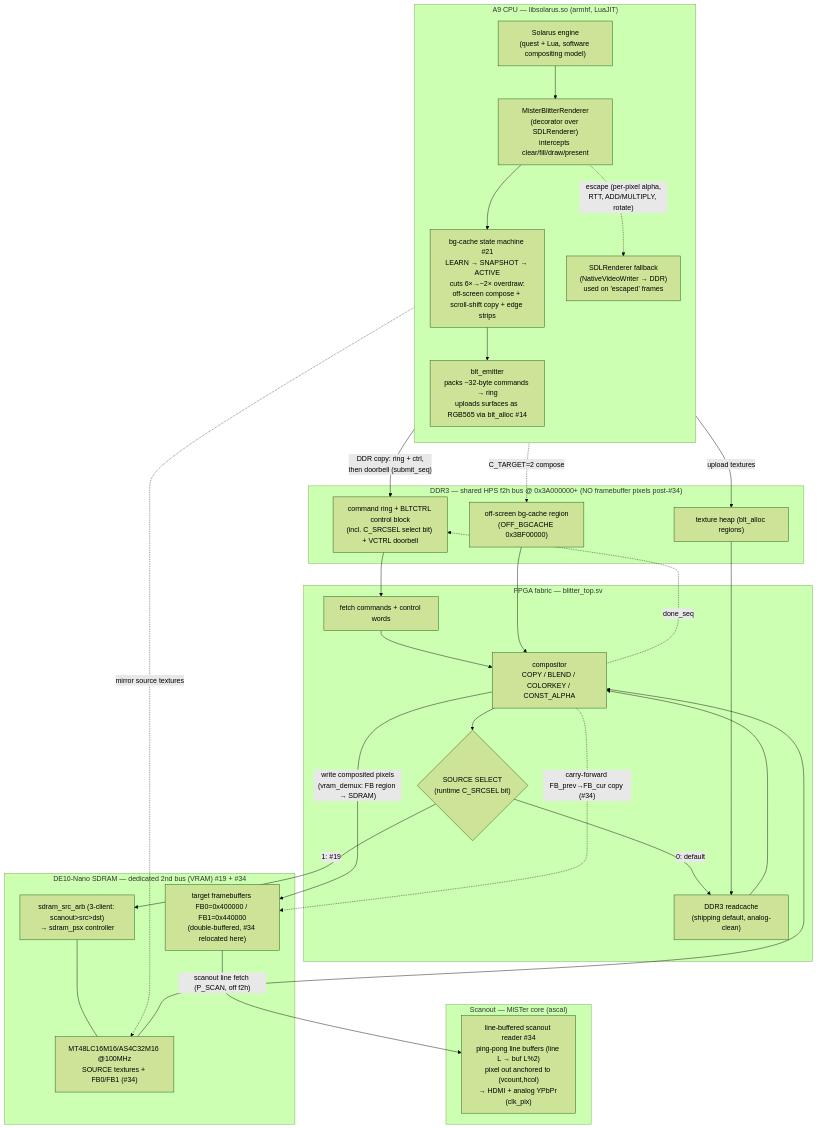
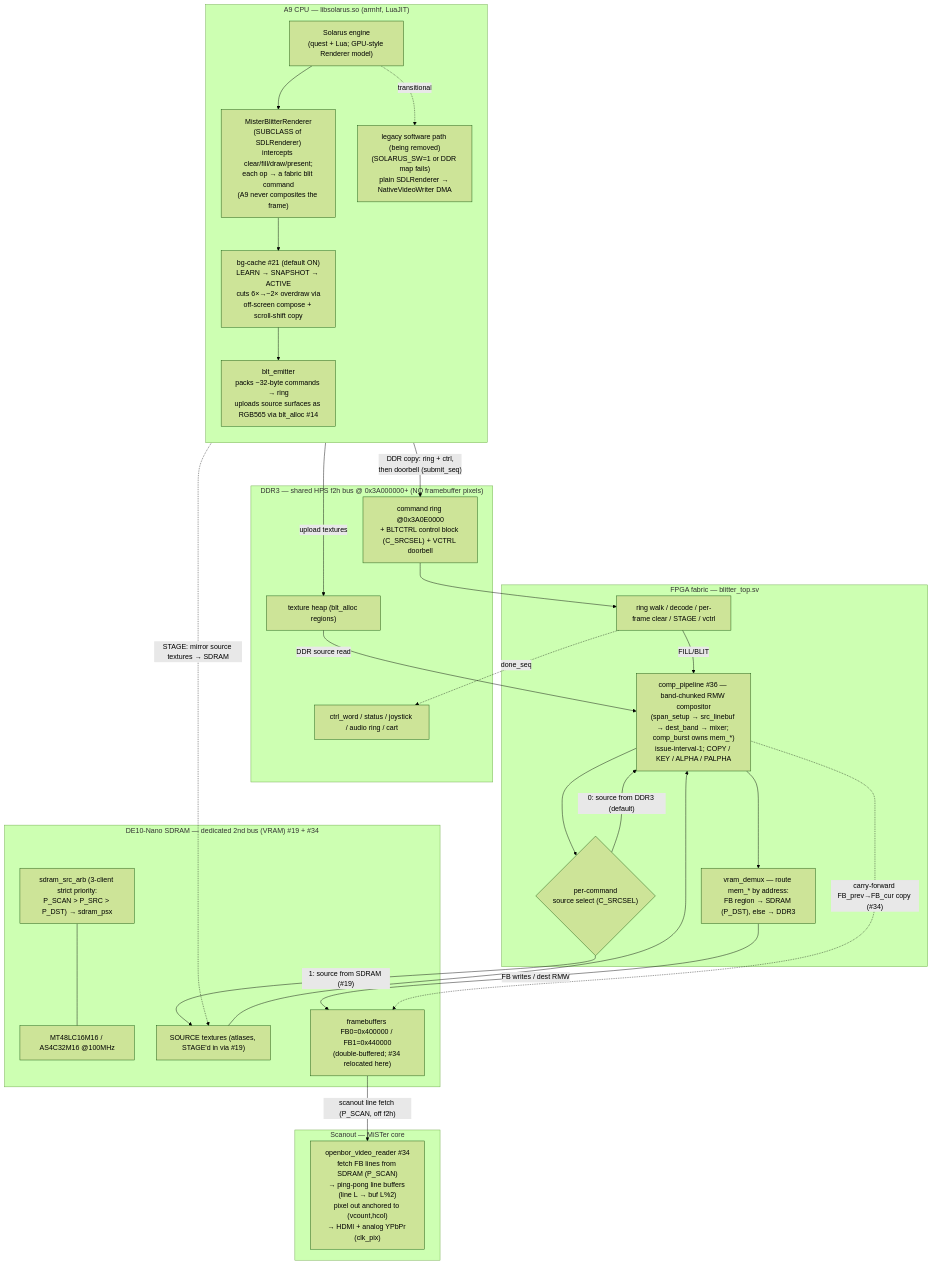
One commit to gmcnaught/solarus-mister changed the first of 2 diagrams in docs/frame-dataflow.md. Above: the diagram before and after it, drawn with Mermaid (forest theme). The commit also changed other lines of this file and 2 other files, not shown here.

First line of the commit message:
docs: update frame-dataflow/README/CLAUDE for FPGA-compositor architecture

````diff
--- a/docs/frame-dataflow.md
+++ b/docs/frame-dataflow.md
@@ -14,56 +28,55 @@
 ```mermaid
 flowchart TB
     subgraph A9["A9 CPU — libsolarus.so (armhf, LuaJIT)"]
         direction TB
-        ENG["Solarus engine<br/>(quest + Lua, software compositing model)"]
-        REND["MisterBlitterRenderer<br/>(decorator over SDLRenderer)<br/>intercepts clear/fill/draw/present"]
-        BG["bg-cache state machine #21<br/>LEARN → SNAPSHOT → ACTIVE<br/>cuts 6×→~2× overdraw:<br/>off-screen compose + scroll-shift copy + edge strips"]
-        EM["blt_emitter<br/>packs ~32-byte commands → ring<br/>uploads surfaces as RGB565 via blt_alloc #14"]
-        SDL["SDLRenderer fallback<br/>(NativeVideoWriter → DDR)<br/>used on 'escaped' frames"]
+        ENG["Solarus engine<br/>(quest + Lua; GPU-style Renderer model)"]
+        REND["MisterBlitterRenderer<br/>(SUBCLASS of SDLRenderer)<br/>intercepts clear/fill/draw/present;<br/>each op → a fabric blit command<br/>(A9 never composites the frame)"]
+        BG["bg-cache #21 (default ON)<br/>LEARN → SNAPSHOT → ACTIVE<br/>cuts 6×→~2× overdraw via<br/>off-screen compose + scroll-shift copy"]
+        EM["blt_emitter<br/>packs ~32-byte commands → ring<br/>uploads source surfaces as RGB565 via blt_alloc #14"]
+        SW["legacy software path (being removed)<br/>(SOLARUS_SW=1 or DDR map fails)<br/>plain SDLRenderer → NativeVideoWriter DMA"]
         ENG --> REND --> BG --> EM
-        REND -. escape (per-pixel alpha,<br/>RTT, ADD/MULTIPLY, rotate) .-> SDL
+        ENG -. transitional .-> SW
     end
 
-    subgraph DDR3["DDR3 — shared HPS f2h bus @ 0x3A000000+ (NO framebuffer pixels post-#34)"]
-        RING["command ring + BLTCTRL control block<br/>(incl. C_SRCSEL select bit) + VCTRL doorbell"]
+    subgraph DDR3["DDR3 — shared HPS f2h bus @ 0x3A000000+ (NO framebuffer pixels)"]
+        RING["command ring @0x3A0E0000<br/>+ BLTCTRL control block (C_SRCSEL) + VCTRL doorbell"]
         TEX["texture heap (blt_alloc regions)"]
-        BGC["off-screen bg-cache region<br/>(OFF_BGCACHE 0x3BF00000)"]
+        CTRL["ctrl_word / status / joystick / audio ring / cart"]
     end
 
     subgraph SDRAM["DE10-Nano SDRAM — dedicated 2nd bus (VRAM) #19 + #34"]
-        SDC["sdram_src_arb (3-client: scanout&gt;src&gt;dst)<br/>→ sdram_psx controller"]
-        CHIP["MT48LC16M16/AS4C32M16 @100MHz<br/>SOURCE textures + FB0/FB1 (#34)"]
-        FB["target framebuffers FB0=0x400000 / FB1=0x440000<br/>(double-buffered, #34 relocated here)"]
+        SDC["sdram_src_arb (3-client strict priority:<br/>P_SCAN &gt; P_SRC &gt; P_DST) → sdram_psx"]
+        CHIP["MT48LC16M16 / AS4C32M16 @100MHz"]
+        SRCT["SOURCE textures (atlases, STAGE'd in via #19)"]
+        FB["framebuffers FB0=0x400000 / FB1=0x440000<br/>(double-buffered; #34 relocated here)"]
         SDC --- CHIP
     end
 
     subgraph FAB["FPGA fabric — blitter_top.sv"]
-        FETCH["fetch commands + control words"]
-        SRCSEL{"SOURCE SELECT<br/>(runtime C_SRCSEL bit)"}
-        RC["DDR3 readcache<br/>(shipping default, analog-clean)"]
-        COMP["compositor<br/>COPY / BLEND / COLORKEY / CONST_ALPHA"]
-        FETCH --> COMP
-        COMP --> SRCSEL
-        SRCSEL -- "0: default" --> RC
-        SRCSEL -- "1: #19" --> SDC
+        FETCH["ring walk / decode / per-frame clear / STAGE / vctrl"]
+        PIPE["comp_pipeline #36 — band-chunked RMW compositor<br/>(span_setup → src_linebuf → dest_band → mixer; comp_burst owns mem_*)<br/>issue-interval-1; COPY / KEY / ALPHA / PALPHA"]
+        SRCSEL{"per-command<br/>source select (C_SRCSEL)"}
+        DEMUX["vram_demux — route mem_* by address:<br/>FB region → SDRAM (P_DST), else → DDR3"]
+        FETCH -- FILL/BLIT --> PIPE
+        PIPE --> SRCSEL
+        PIPE --> DEMUX
     end
 
-    subgraph OUT["Scanout — MiSTer core (ascal)"]
-        SCAN["line-buffered scanout reader #34<br/>ping-pong line buffers (line L → buf L%2)<br/>pixel out anchored to (vcount,hcol)<br/>→ HDMI + analog YPbPr (clk_pix)"]
+    subgraph OUT["Scanout — MiSTer core"]
+        SCAN["openbor_video_reader #34<br/>fetch FB lines from SDRAM (P_SCAN)<br/>→ ping-pong line buffers (line L → buf L%2)<br/>pixel out anchored to (vcount,hcol)<br/>→ HDMI + analog YPbPr (clk_pix)"]
     end
 
     EM -- "DDR copy: ring + ctrl,<br/>then doorbell (submit_seq)" --> RING
     EM -- upload textures --> TEX
-    EM -. mirror source textures .-> CHIP
+    EM -. STAGE: mirror source textures → SDRAM .-> SRCT
 
     RING --> FETCH
-    BG -. C_TARGET=2 compose .-> BGC
-    BGC --> COMP
-    TEX --> RC
-    RC --> COMP
-    CHIP --> COMP
-    COMP -- "write composited pixels<br/>(vram_demux: FB region → SDRAM)" --> FB
-    COMP -. "carry-forward FB_prev→FB_cur copy (#34)" .-> FB
-    COMP -. done_seq .-> RING
+    TEX -- DDR source read --> PIPE
+    SRCSEL -- "1: source from SDRAM (#19)" --> SRCT
+    SRCSEL -- "0: source from DDR3 (default)" --> PIPE
+    SRCT --> PIPE
+    DEMUX -- "FB writes / dest RMW" --> FB
+    PIPE -. "carry-forward FB_prev→FB_cur copy (#34)" .-> FB
+    FETCH -. done_seq .-> CTRL
     FB -- "scanout line fetch (P_SCAN, off f2h)" --> SCAN
 ```
````
